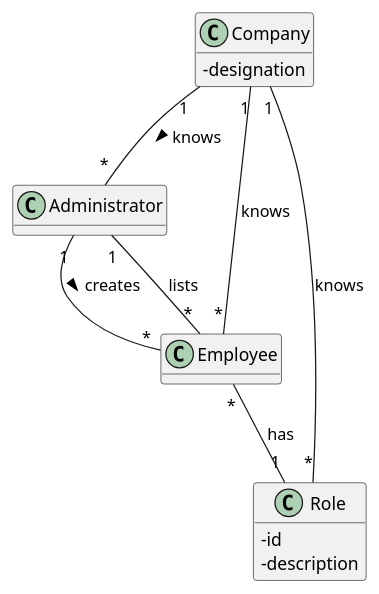
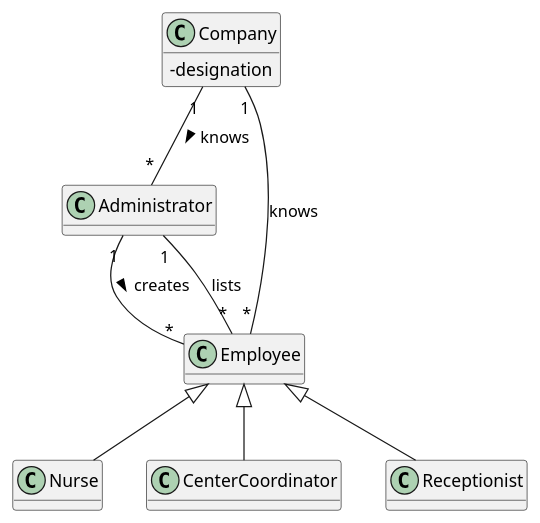
The diagram in docs/SprintB/US11/DM/US11_DM.puml (miseEnPlace-i/lapr2), drawn with PlantUML before and after one commit. The commit also changed 7 other files, not shown here.

```diff
--- a/docs/SprintB/US11/DM/US11_DM.puml
+++ b/docs/SprintB/US11/DM/US11_DM.puml
@@ -1,28 +1,24 @@
 @startuml
 hide methods
 skinparam classAttributeIconSize 0
 
 class Administrator {}
 
 class Employee {
 }
 
 class Company {
   - designation
 }
 
-class Role {
-  - id
-  - description
-}
-
 Administrator "1" -- "*" Employee : creates >
 Administrator "1" -- "*" Employee : lists 
 
 Company "1" -- "*" Administrator : knows  >
 Company "1" -- "*" Employee : knows 
 
-Employee "*" -- "1" Role : has
-Company "1" -- "*" Role : knows
+Employee <|-- Nurse
+Employee <|-- CenterCoordinator
+Employee <|-- Receptionist
 
 @enduml
```
